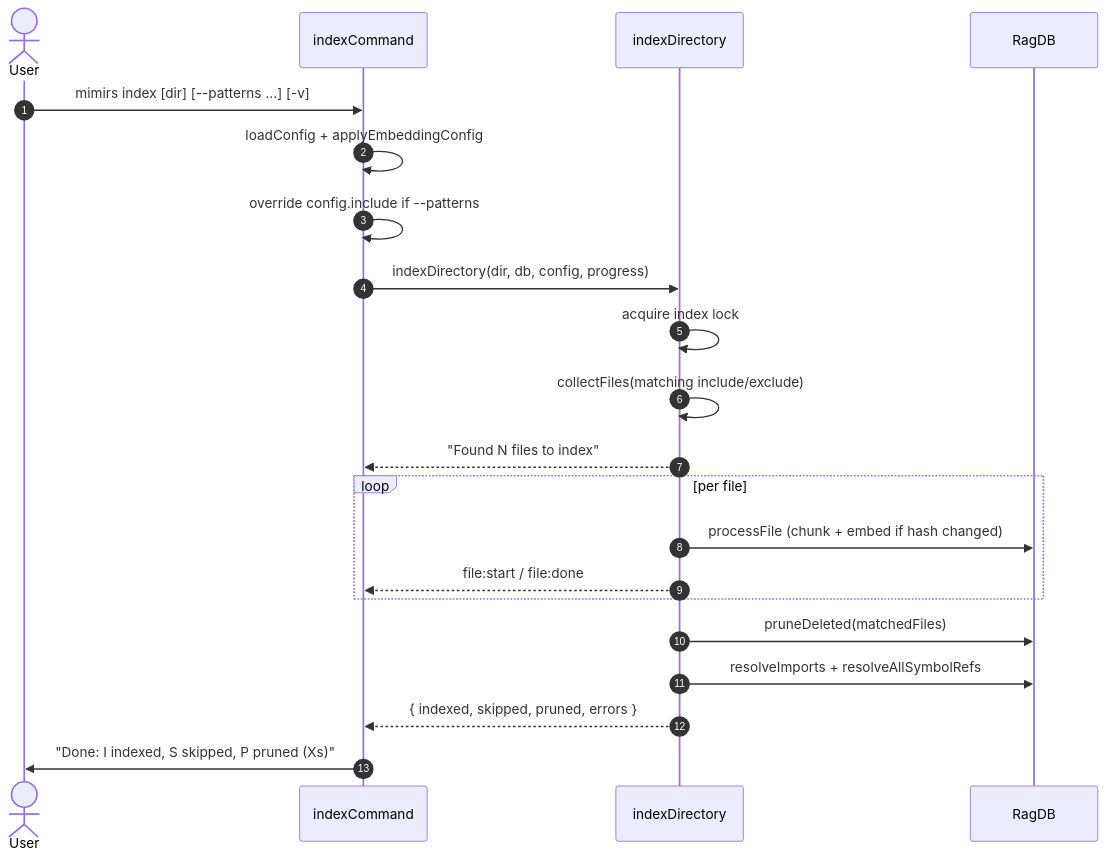
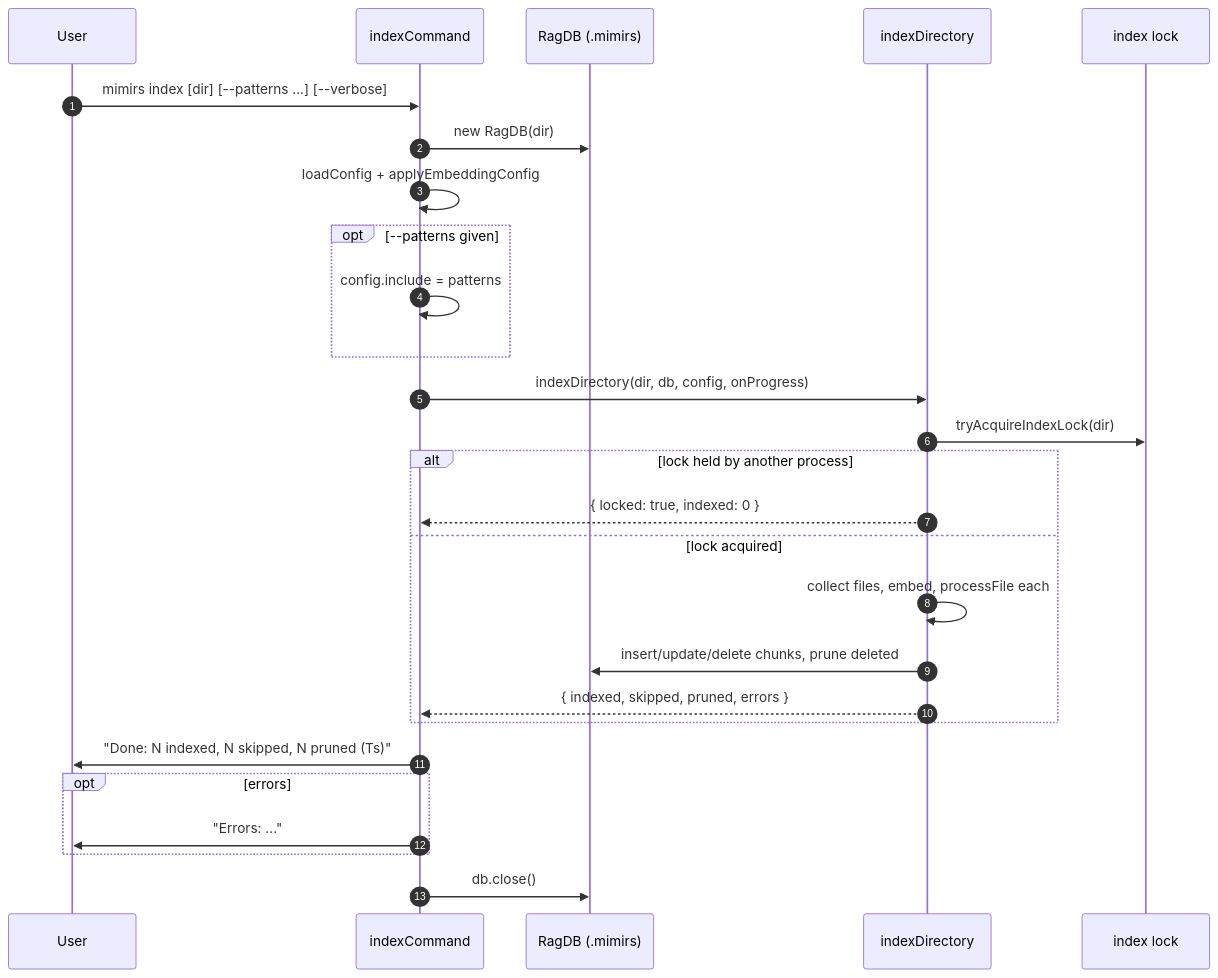
One commit to TheWinci/mimirs changed the diagram in wiki/cli/index.md. Above: the diagram before and after it, drawn with Mermaid. The commit also changed other lines of this file and 52 other files, not shown here.

````diff
--- a/wiki/cli/index.md
+++ b/wiki/cli/index.md
@@ -9,24 +24,30 @@
 ```mermaid
 sequenceDiagram
     autonumber
-    actor User
+    participant User
     participant Cmd as indexCommand
+    participant DB as RagDB (.mimirs)
     participant Indexer as indexDirectory
-    participant DB as RagDB
+    participant Lock as index lock
 
-    User->>Cmd: mimirs index [dir] [--patterns ...] [-v]
+    User->>Cmd: mimirs index [dir] [--patterns ...] [--verbose]
+    Cmd->>DB: new RagDB(dir)
     Cmd->>Cmd: loadConfig + applyEmbeddingConfig
-    Cmd->>Cmd: override config.include if --patterns
-    Cmd->>Indexer: indexDirectory(dir, db, config, progress)
-    Indexer->>Indexer: acquire index lock
-    Indexer->>Indexer: collectFiles(matching include/exclude)
-    Indexer-->>Cmd: "Found N files to index"
-    loop per file
-        Indexer->>DB: processFile (chunk + embed if hash changed)
-        Indexer-->>Cmd: file:start / file:done
+    opt --patterns given
+        Cmd->>Cmd: config.include = patterns
     end
-    Indexer->>DB: pruneDeleted(matchedFiles)
-    Indexer->>DB: resolveImports + resolveAllSymbolRefs
-    Indexer-->>Cmd: { indexed, skipped, pruned, errors }
-    Cmd->>User: "Done: I indexed, S skipped, P pruned (Xs)"
+    Cmd->>Indexer: indexDirectory(dir, db, config, onProgress)
+    Indexer->>Lock: tryAcquireIndexLock(dir)
+    alt lock held by another process
+        Indexer-->>Cmd: { locked: true, indexed: 0 }
+    else lock acquired
+        Indexer->>Indexer: collect files, embed, processFile each
+        Indexer->>DB: insert/update/delete chunks, prune deleted
+        Indexer-->>Cmd: { indexed, skipped, pruned, errors }
+    end
+    Cmd->>User: "Done: N indexed, N skipped, N pruned (Ts)"
+    opt errors
+        Cmd->>User: "Errors: ..."
+    end
+    Cmd->>DB: db.close()
 ```
````
